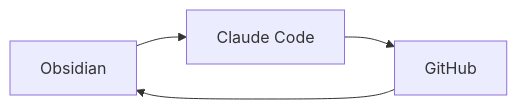
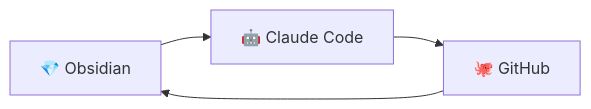
One commit to ayies128/obsidian_presentation changed the diagram in documents/03_tools.md. Above: the diagram before and after it, drawn with Mermaid. The commit also changed other lines of this file and 14 other files, not shown here.

````diff
--- a/documents/03_tools.md
+++ b/documents/03_tools.md
@@ -17,6 +17,6 @@
 ```mermaid
 graph LR
-    A[Obsidian] --> B[Claude Code]
-    B --> C[GitHub]
+    A[💎 Obsidian] --> B[🤖 Claude Code]
+    B --> C[🐙 GitHub]
     C --> A
 ```
````
